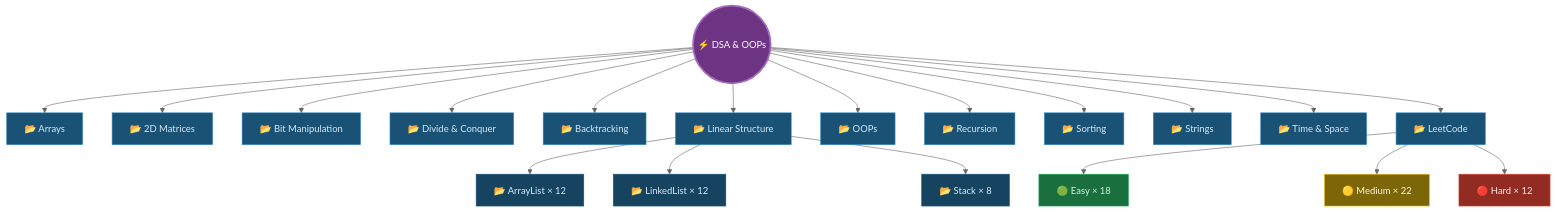
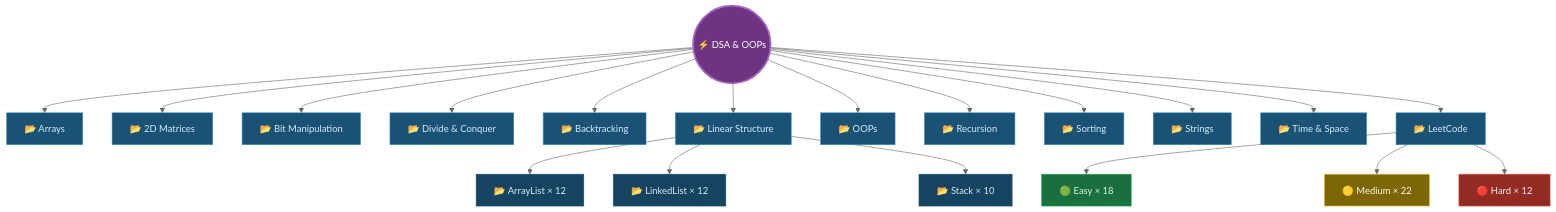
The second of 2 diagrams in README.md (raghuvanshi-sec/DSA), drawn with Mermaid (neutral theme) before and after one commit. The commit also changed other lines of this file and 16 other files, not shown here.

````diff
--- a/README.md
+++ b/README.md
@@ -81,45 +81,45 @@
 ```mermaid
     flowchart TD
     R(("⚡ DSA & OOPs"))
 
     R --> A["📂 Arrays"]
     R --> M["📂 2D Matrices"]
     R --> B["📂 Bit Manipulation"]
     R --> DC["📂 Divide & Conquer"]
     R --> BK["📂 Backtracking"]
     R --> LS["📂 Linear Structure"]
     R --> O["📂 OOPs"]
     R --> REC["📂 Recursion"]
     R --> S["📂 Sorting"]
     R --> ST["📂 Strings"]
     R --> TS["📂 Time & Space"]
     R --> LC["📂 LeetCode"]
 
     LS --> AL["📂 ArrayList × 12"]
     LS --> LL["📂 LinkedList × 12"]
-    LS --> STK["📂 Stack × 8"]
+    LS --> STK["📂 Stack × 10"]
 
     LC --> E["🟢 Easy × 18"]
     LC --> MD["🟡 Medium × 22"]
     LC --> H["🔴 Hard × 12"]
 
     style R fill:#6c3483,stroke:#a569bd,stroke-width:3px,color:#fff
     style A fill:#1a5276,stroke:#2e86c1,color:#d6eaf8
     style M fill:#1a5276,stroke:#2e86c1,color:#d6eaf8
     style B fill:#1a5276,stroke:#2e86c1,color:#d6eaf8
     style DC fill:#1a5276,stroke:#2e86c1,color:#d6eaf8
     style BK fill:#1a5276,stroke:#2e86c1,color:#d6eaf8
     style LS fill:#1a5276,stroke:#2e86c1,color:#d6eaf8
     style AL fill:#154360,stroke:#1a5276,color:#d6eaf8
     style LL fill:#154360,stroke:#1a5276,color:#d6eaf8
     style STK fill:#154360,stroke:#1a5276,color:#d6eaf8
     style O fill:#1a5276,stroke:#2e86c1,color:#d6eaf8
     style REC fill:#1a5276,stroke:#2e86c1,color:#d6eaf8
     style S fill:#1a5276,stroke:#2e86c1,color:#d6eaf8
     style ST fill:#1a5276,stroke:#2e86c1,color:#d6eaf8
     style TS fill:#1a5276,stroke:#2e86c1,color:#d6eaf8
     style LC fill:#1a5276,stroke:#2e86c1,color:#d6eaf8
     style E fill:#196f3d,stroke:#27ae60,color:#d5f5e3
     style MD fill:#7d6608,stroke:#f1c40f,color:#fef9e7
     style H fill:#922b21,stroke:#e74c3c,color:#fdedec
 ```
````
